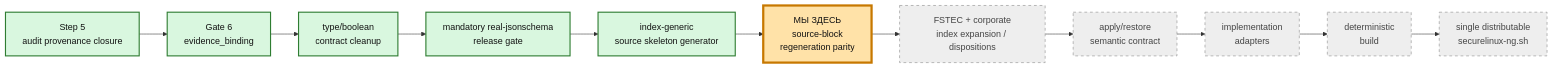
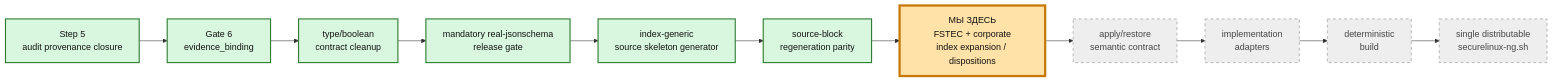
The fifth of 5 diagrams in docs/PROJECT-MAP-v3.md (rasav65/SecureLinux-Policy), drawn with Mermaid before and after one commit. The commit also changed other lines of this file and 20 other files, not shown here.

Commit message:
feat: enforce source block regeneration parity

````diff
--- a/docs/PROJECT-MAP-v3.md
+++ b/docs/PROJECT-MAP-v3.md
@@ -253,20 +255,20 @@
 ```mermaid
 flowchart LR
     S1["Step 5<br/>audit provenance closure"]:::closed
     S2["Gate 6<br/>evidence_binding"]:::closed
     S3["type/boolean<br/>contract cleanup"]:::closed
     S4["mandatory real-jsonschema<br/>release gate"]:::closed
     S5["index-generic<br/>source skeleton generator"]:::closed
-    S6["МЫ ЗДЕСЬ<br/>source-block<br/>regeneration parity"]:::current
-    S7["FSTEC + corporate<br/>index expansion / dispositions"]:::future
+    S6["source-block<br/>regeneration parity"]:::closed
+    S7["МЫ ЗДЕСЬ<br/>FSTEC + corporate<br/>index expansion / dispositions"]:::current
     S8["apply/restore<br/>semantic contract"]:::future
     S9["implementation<br/>adapters"]:::future
     S10["deterministic<br/>build"]:::future
     S11["single distributable<br/>securelinux-ng.sh"]:::future
 
     S1 --> S2 --> S3 --> S4 --> S5 --> S6 --> S7 --> S8 --> S9 --> S10 --> S11
 
     classDef closed fill:#d9f7df,stroke:#2f7d32,color:#111,stroke-width:2px;
     classDef current fill:#ffe2a8,stroke:#c77800,color:#111,stroke-width:4px;
     classDef future fill:#eeeeee,stroke:#888,color:#444,stroke-dasharray: 5 5;
 ```
````
